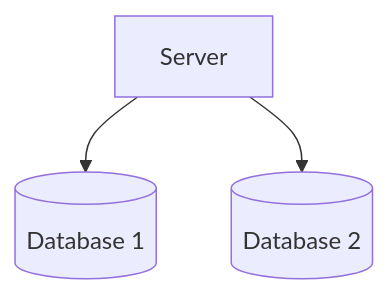
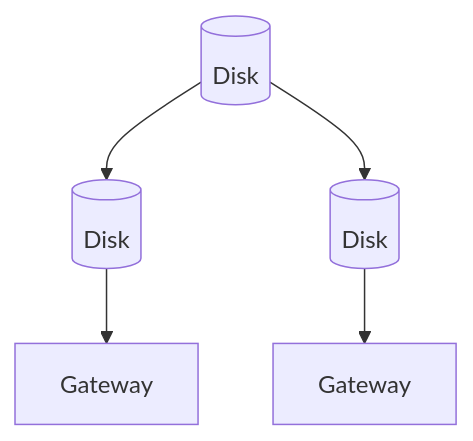
Before and after one commit to teachingai/full-stack-skills: the tenth of 16 diagrams in skills/mermaid/examples/architecture.md, drawn with Mermaid. The commit also changed other lines of this file and 21 other files, not shown here.

First line of the commit message:
docs(mermaid): 更新架构、块、C4和类图示例文档

````diff
--- a/skills/mermaid/examples/architecture.md
+++ b/skills/mermaid/examples/architecture.md
@@ -125,9 +158,13 @@
 ```mermaid
 flowchart TD
-    Server[Server]
-    DB1[(Database 1)]
-    DB2[(Database 2)]
+    LeftDisk[(Disk)]
+    TopDisk[(Disk)]
+    BottomDisk[(Disk)]
+    TopGateway[Gateway]
+    BottomGateway[Gateway]
 
-    Server --> DB1
-    Server --> DB2
+    LeftDisk --> TopDisk
+    LeftDisk --> BottomDisk
+    TopDisk --> TopGateway
+    BottomDisk --> BottomGateway
 ```
````
